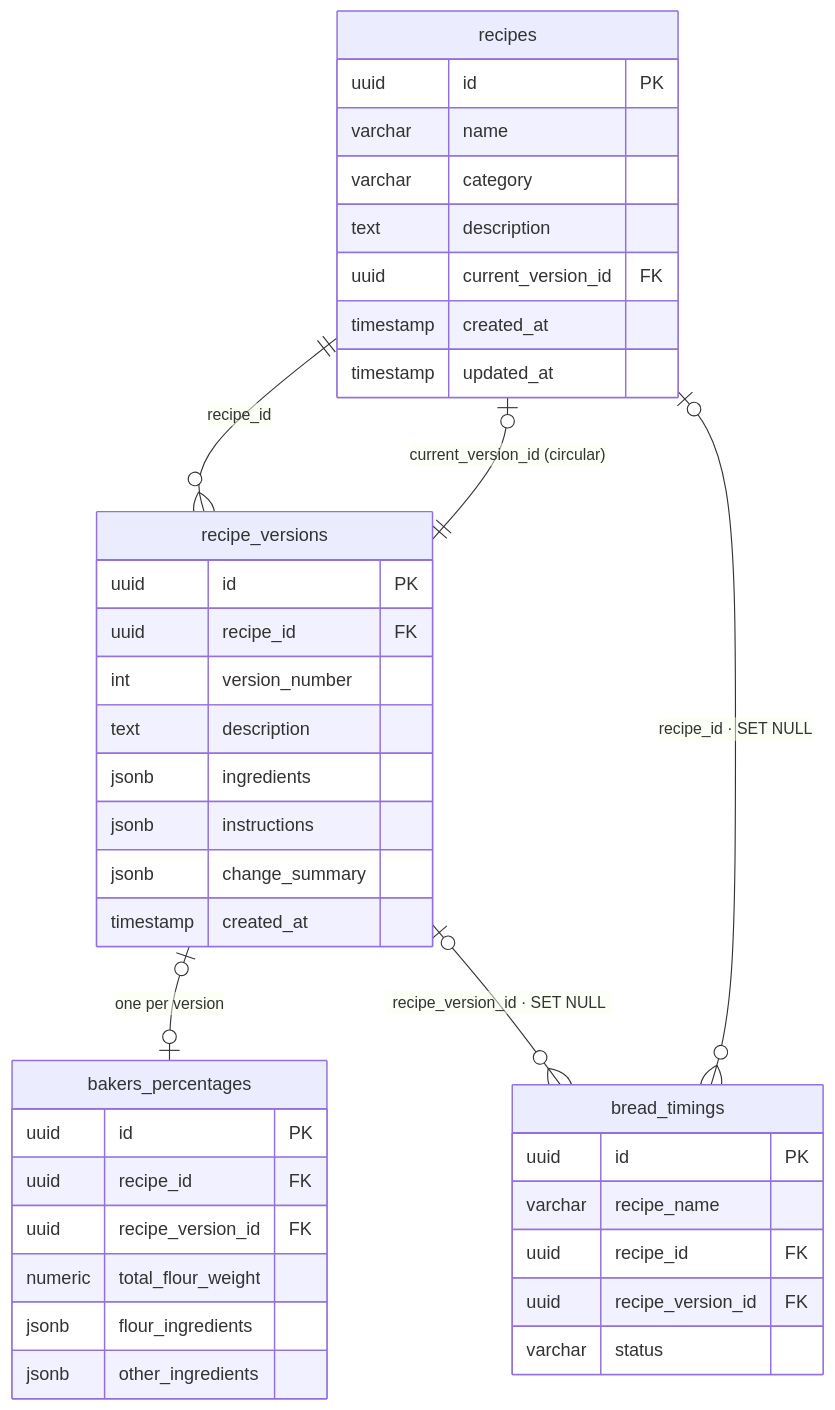
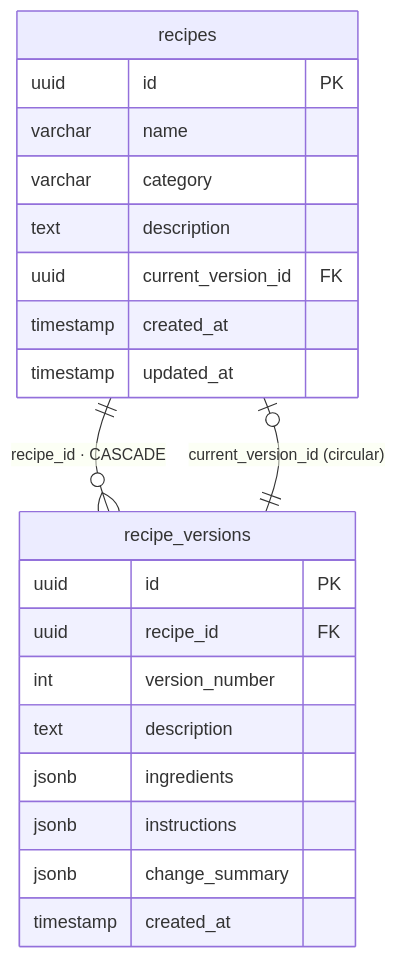
The second of 4 diagrams in docs/domain-model.md (sjoelee/bread-log), drawn with Mermaid before and after one commit. The commit also changed other lines of this file and 21 other files, not shown here.

````diff
--- a/docs/domain-model.md
+++ b/docs/domain-model.md
@@ -107,43 +103,25 @@
 ```mermaid
 erDiagram
-    recipes ||--o{ recipe_versions : "recipe_id"
+    recipes ||--o{ recipe_versions : "recipe_id · CASCADE"
     recipes |o--|| recipe_versions : "current_version_id (circular)"
-    recipe_versions |o--o| bakers_percentages : "one per version"
-    recipes |o--o{ bread_timings : "recipe_id · SET NULL"
-    recipe_versions |o--o{ bread_timings : "recipe_version_id · SET NULL"
 
     recipes {
         uuid id PK
         varchar name
         varchar category
         text description
         uuid current_version_id FK
         timestamp created_at
         timestamp updated_at
     }
     recipe_versions {
         uuid id PK
         uuid recipe_id FK
         int version_number
         text description
         jsonb ingredients
         jsonb instructions
         jsonb change_summary
         timestamp created_at
     }
-    bakers_percentages {
-        uuid id PK
-        uuid recipe_id FK
-        uuid recipe_version_id FK
-        numeric total_flour_weight
-        jsonb flour_ingredients
-        jsonb other_ingredients
-    }
-    bread_timings {
-        uuid id PK
-        varchar recipe_name
-        uuid recipe_id FK
-        uuid recipe_version_id FK
-        varchar status
-    }
 ```
````
